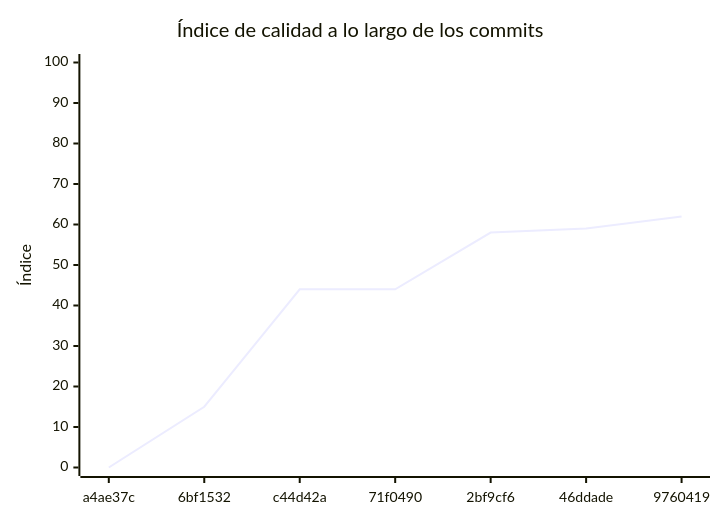
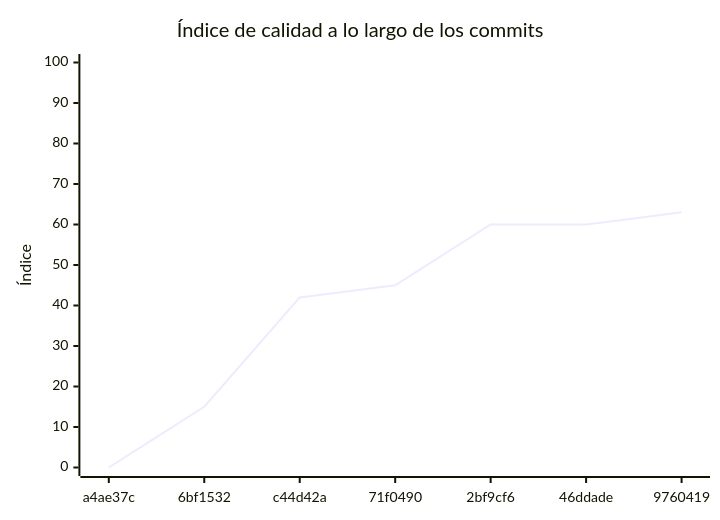
One commit to Tejada-ProgramacionII/catalogo-sincronizacion-service changed the diagram in docs/EVALUACION.md. Above: the diagram before and after it, drawn with Mermaid. The commit also changed other lines of this file and 1 other file, not shown here.

````diff
--- a/docs/EVALUACION.md
+++ b/docs/EVALUACION.md
@@ -249,7 +175,7 @@
 ```mermaid
 xychart-beta
     title "Índice de calidad a lo largo de los commits"
     x-axis ["a4ae37c", "6bf1532", "c44d42a", "71f0490", "2bf9cf6", "46ddade", "9760419"]
     y-axis "Índice" 0 --> 100
-    line [0, 15, 44, 44, 58, 59, 62]
+    line [0, 15, 42, 45, 60, 60, 63]
 ```
````
